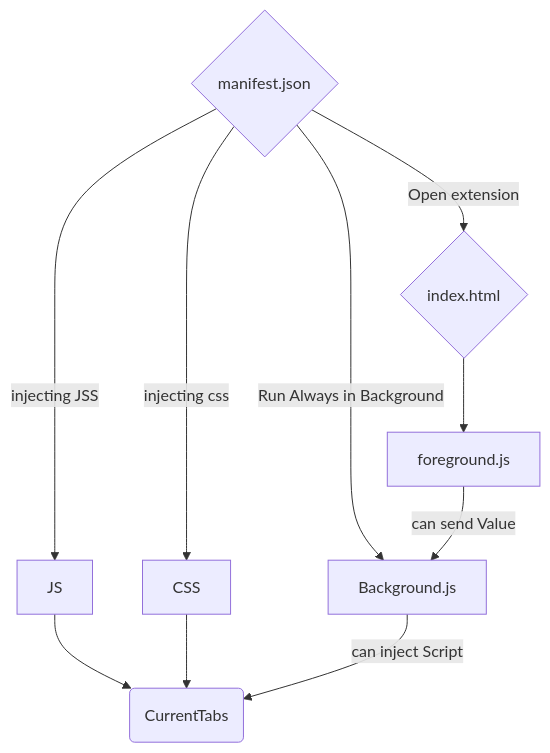
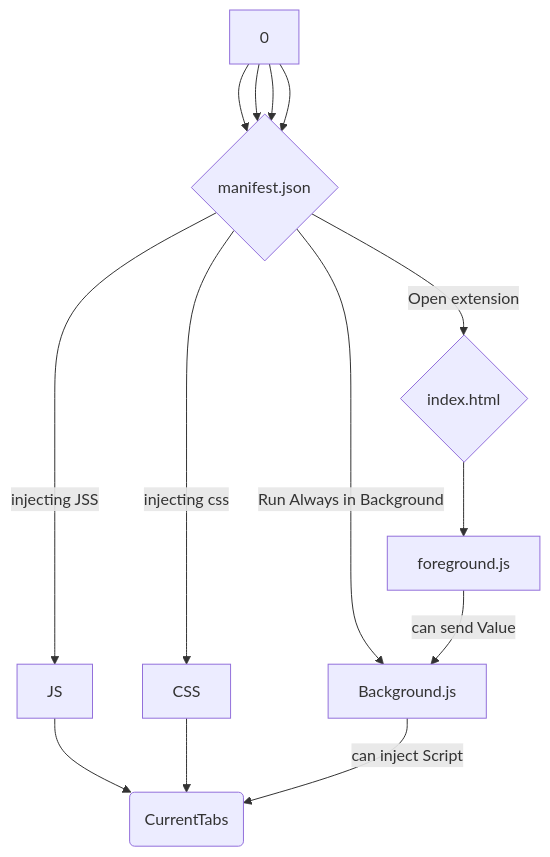
One commit to yoschigamer/youtubeRework changed the second of 2 diagrams in README.md. Above: the diagram before and after it, drawn with Mermaid. The commit also changed other lines of this file, not shown here.

````diff
--- a/README.md
+++ b/README.md
@@ -21,17 +22,17 @@
 ```mermaid
 graph 
 A{manifest.json}
 B[Background.js]
 D(CurrentTabs)
 
 B'[CSS]
 B''[JS]
 
 B_isOpen{index.html}
 C_isOpen[foreground.js]
 
-A -- injecting JSS --> B'' --> D
-A -- injecting css --> B' --> D
-A -- Run Always in Background --> B -- can inject Script --> D
-A -- Open extension --> B_isOpen --> C_isOpen -- can send Value --> B
+0 --> A -- injecting JSS --> B'' --> D
+0 --> A -- injecting css --> B' --> D
+0 --> A -- Run Always in Background --> B -- can inject Script --> D
+0 --> A -- Open extension --> B_isOpen --> C_isOpen -- can send Value --> B
 ```
````
